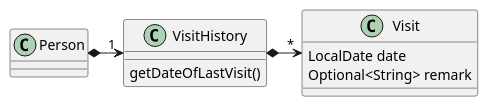
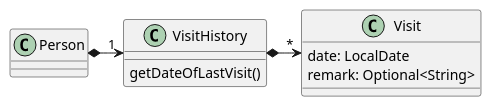
One commit to nus-cs2103-AY2425S1/tp changed the diagram in docs/diagrams/VisitHistory.puml. Above: the diagram before and after it, drawn with PlantUML. The commit also changed 2 other files, not shown here.

```diff
--- a/docs/diagrams/VisitHistory.puml
+++ b/docs/diagrams/VisitHistory.puml
@@ -1,16 +1,16 @@
 @startuml
 
 'https://plantuml.com/class-diagram
 
 class Person
 class VisitHistory
 class Visit
 
 Person *-right-> "1" VisitHistory
 VisitHistory *-right-> "*" Visit
 
-Visit : LocalDate date
-Visit : Optional<String> remark
+Visit : date: LocalDate
+Visit : remark: Optional<String>
 
 VisitHistory : getDateOfLastVisit()
 @enduml
```
